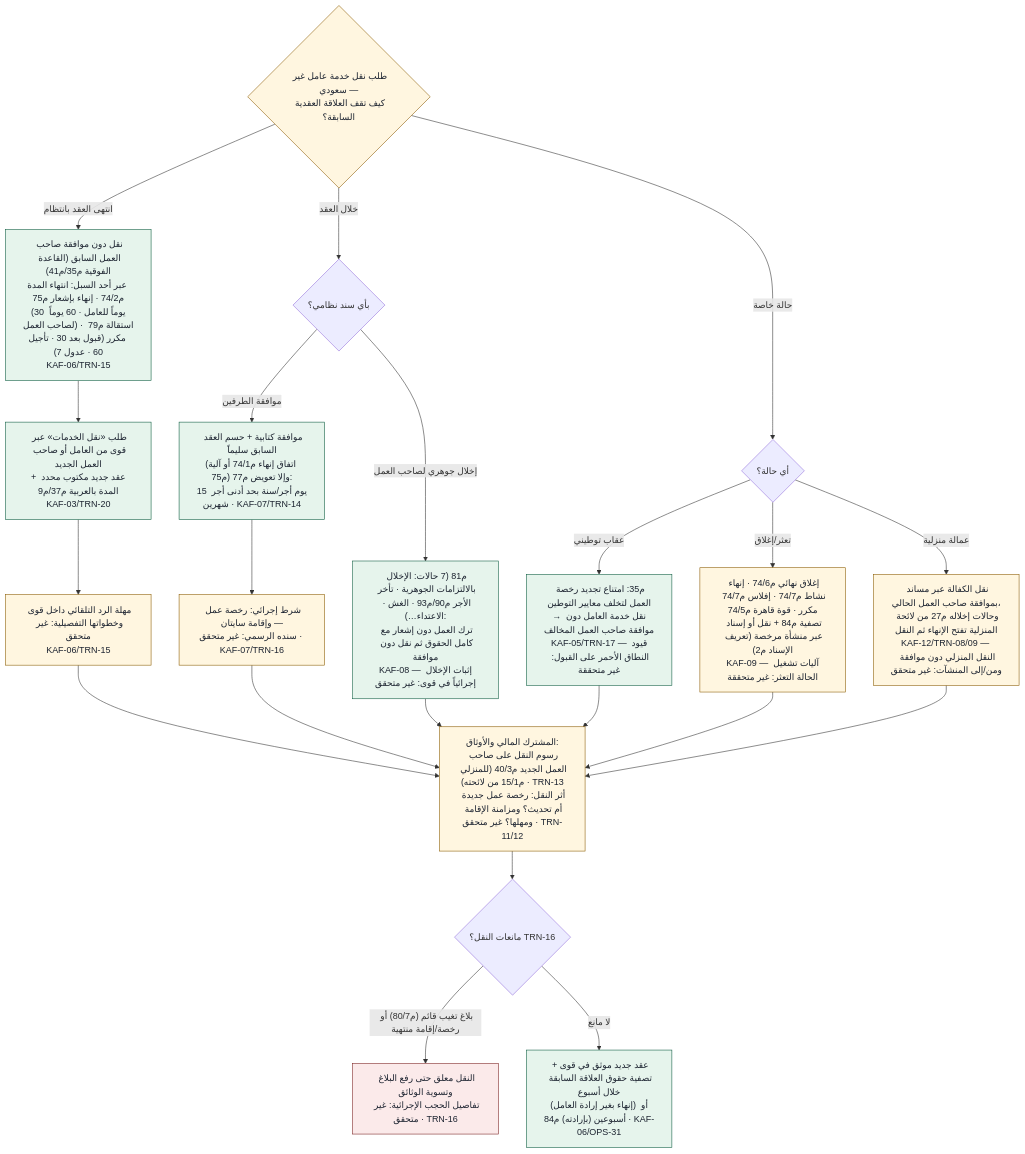
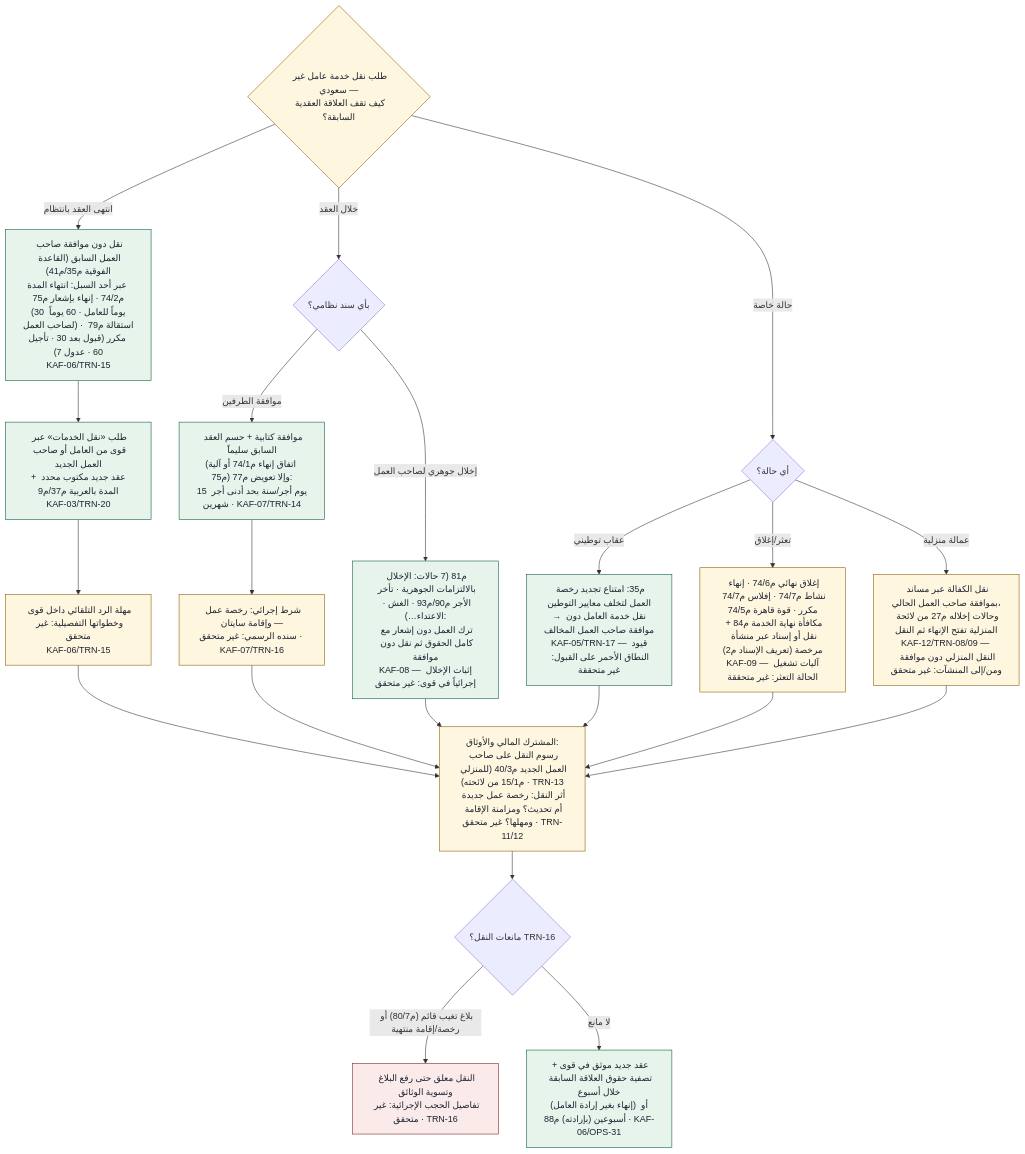
Before and after one commit to eng540/saudi-labor-intel: the diagram in flows/03-transfer-services.md, drawn with Mermaid. The commit also changed other lines of this file, not shown here.

First line of the commit message:
fix: audited corrections in flows/03-transfer-services.md

````diff
--- a/flows/03-transfer-services.md
+++ b/flows/03-transfer-services.md
@@ -5,36 +5,36 @@
 ```mermaid
 flowchart TD
     T{"طلب نقل خدمة عامل غير سعودي —<br/>كيف تقف العلاقة العقدية السابقة؟"}:::warn
 
     %% المسار 1: بعد انتهاء العقد (الأصيل)
     T -- "انتهى العقد بانتظام" --> A["نقل دون موافقة صاحب العمل السابق (القاعدة الفوقية م35/م41)<br/>عبر أحد السبل: انتهاء المدة م74/2 · إنهاء بإشعار م75<br/>(30 يوماً للعامل · 60 يوماً لصاحب العمل) · استقالة م79 مكرر (قبول بعد 30 · تأجيل 60 · عدول 7)<br/>KAF-06/TRN-15"]:::ok
     A --> B["طلب «نقل الخدمات» عبر قوى من العامل أو صاحب العمل الجديد<br/>+ عقد جديد مكتوب محدد المدة بالعربية م37/م9<br/>KAF-03/TRN-20"]:::ok
     B --> C["مهلة الرد التلقائي داخل قوى وخطواتها التفصيلية: غير متحقق<br/>KAF-06/TRN-15"]:::warn
 
     %% المسار 2: خلال العقد
     T -- "خلال العقد" --> D{"بأي سند نظامي؟"}
     D -- "موافقة الطرفين" --> E["موافقة كتابية + حسم العقد السابق سليماً<br/>(اتفاق إنهاء م74/1 أو آلية م75) وإلا تعويض م77:<br/>15 يوم أجر/سنة بحد أدنى أجر شهرين · KAF-07/TRN-14"]:::ok
     E --> E2["شرط إجرائي: رخصة عمل وإقامة سايتان —<br/>سنده الرسمي: غير متحقق · KAF-07/TRN-16"]:::warn
     D -- "إخلال جوهري لصاحب العمل" --> F["م81 (7 حالات: الإخلال بالالتزامات الجوهرية · تأخر الأجر م90/م93 · الغش · الاعتداء…):<br/>ترك العمل دون إشعار مع كامل الحقوق ثم نقل دون موافقة<br/>KAF-08 — إثبات الإخلال إجرائياً في قوى: غير متحقق"]:::ok
 
     %% المسار 3: حالات خاصة
     T -- "حالة خاصة" --> G1{"أي حالة؟"}
     G1 -- "عقاب توطيني" --> G["م35: امتناع تجديد رخصة العمل لتخلف معايير التوطين<br/>→ نقل خدمة العامل دون موافقة صاحب العمل المخالف<br/>KAF-05/TRN-17 — قيود النطاق الأحمر على القبول: غير متحققة"]:::ok
-    G1 -- "تعثر/إغلاق" --> H["إغلاق نهائي م74/6 · إنهاء نشاط م74/7 · إفلاس م74/7 مكرر · قوة قاهرة م74/5<br/>تصفية م84 + نقل أو إسناد عبر منشأة مرخصة (تعريف الإسناد م2)<br/>KAF-09 — آليات تشغيل الحالة التعثر: غير متحققة"]:::warn
+    G1 -- "تعثر/إغلاق" --> H["إغلاق نهائي م74/6 · إنهاء نشاط م74/7 · إفلاس م74/7 مكرر · قوة قاهرة م74/5<br/>مكافأة نهاية الخدمة م84 + نقل أو إسناد عبر منشأة مرخصة (تعريف الإسناد م2)<br/>KAF-09 — آليات تشغيل الحالة التعثر: غير متحققة"]:::warn
     G1 -- "عمالة منزلية" --> I["نقل الكفالة عبر مساند بموافقة صاحب العمل الحالي،<br/>وحالات إخلاله م27 من لائحة المنزلية تفتح الإنهاء ثم النقل<br/>KAF-12/TRN-08/09 — النقل المنزلي دون موافقة ومن/إلى المنشآت: غير متحقق"]:::warn
 
     C --> J
     E2 --> J
     F --> J
     G --> J
     H --> J
     I --> J
     J["المشترك المالي والأوثاق:<br/>رسوم النقل على صاحب العمل الجديد م40/3 (للمنزلي م15/1 من لائحته) · TRN-13<br/>أثر النقل: رخصة عمل جديدة أم تحديث؟ ومزامنة الإقامة ومهلها؟ غير متحقق · TRN-11/12"]:::warn
     J --> K{"مانعات النقل؟ TRN-16"}
     K -- "بلاغ تغيب قائم (م80/7) أو رخصة/إقامة منتهية" --> X["النقل معلق حتى رفع البلاغ وتسوية الوثائق<br/>تفاصيل الحجب الإجرائية: غير متحقق · TRN-16"]:::bad
-    K -- "لا مانع" --> L["عقد جديد موثق في قوى + تصفية حقوق العلاقة السابقة خلال أسبوع<br/>(إنهاء بغير إرادة العامل) أو أسبوعين (بإرادته) م84 · KAF-06/OPS-31"]:::ok
+    K -- "لا مانع" --> L["عقد جديد موثق في قوى + تصفية حقوق العلاقة السابقة خلال أسبوع<br/>(إنهاء بغير إرادة العامل) أو أسبوعين (بإرادته) م88 · KAF-06/OPS-31"]:::ok
 
     classDef ok fill:#e6f4ec,stroke:#0b5b3f,color:#1c2330
     classDef warn fill:#fff6e0,stroke:#8a5b00,color:#1c2330
     classDef bad fill:#fbeaea,stroke:#7a1f1f,color:#1c2330
 ```
````
